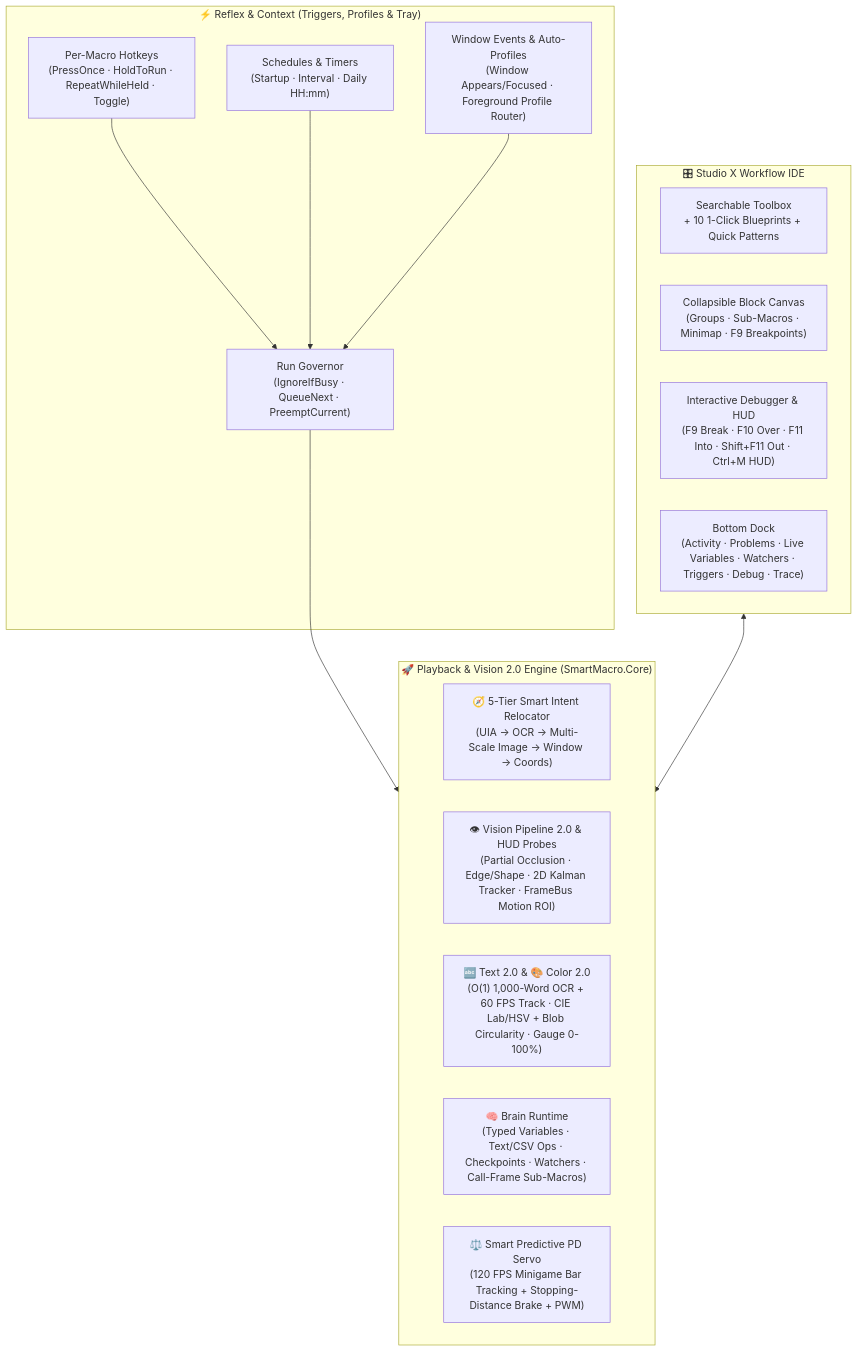
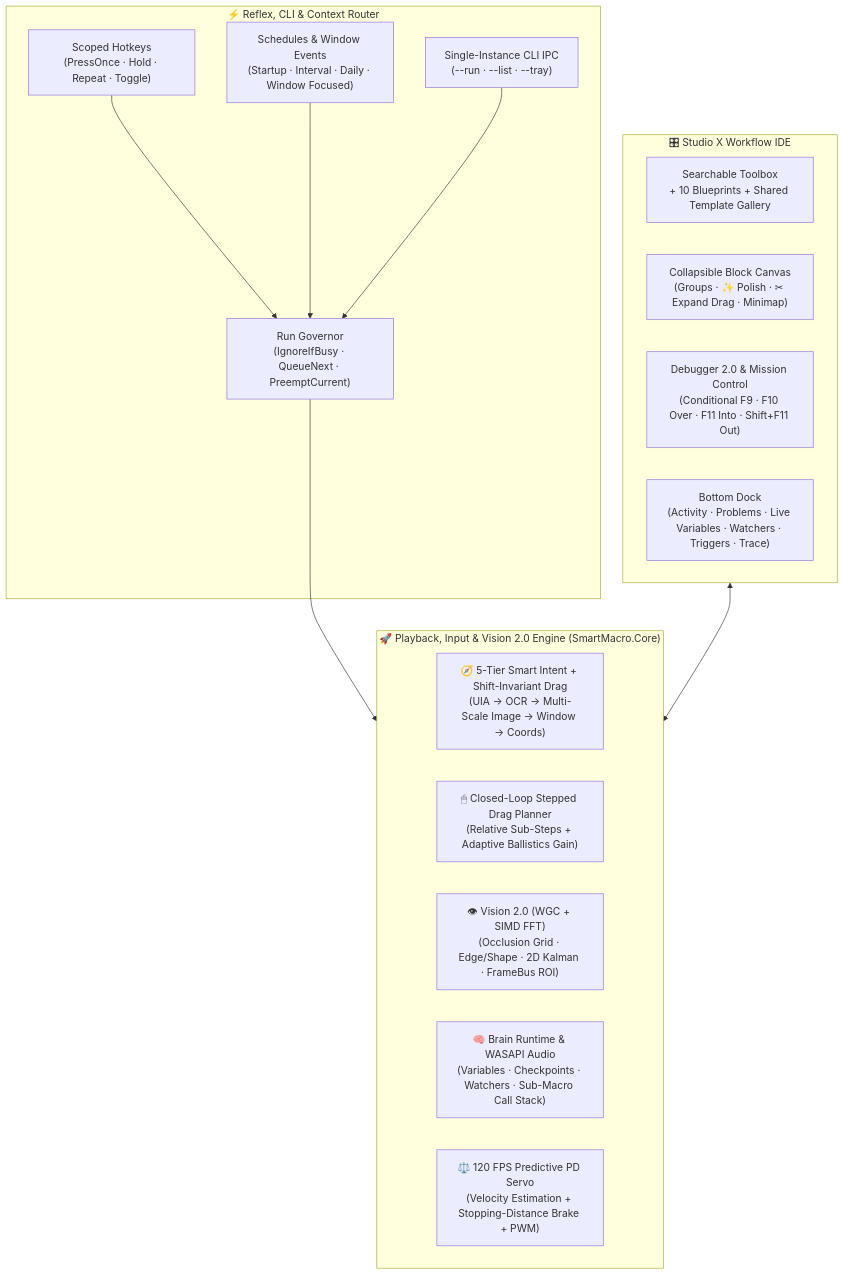
The diagram in README.md (nenesakura-39/SmartMacro), drawn with Mermaid before and after one commit. The commit also changed other lines of this file and 4 other files, not shown here.

````diff
--- a/README.md
+++ b/README.md
@@ -94,28 +183,28 @@
 ```mermaid
 flowchart TB
-    subgraph Triggers["⚡ Reflex & Context (Triggers, Profiles & Tray)"]
-        HK["Per-Macro Hotkeys\n(PressOnce · HoldToRun · RepeatWhileHeld · Toggle)"]
-        SCHED["Schedules & Timers\n(Startup · Interval · Daily HH:mm)"]
-        WIN["Window Events & Auto-Profiles\n(Window Appears/Focused · Foreground Profile Router)"]
+    subgraph Triggers["⚡ Reflex, CLI & Context Router"]
+        HK["Scoped Hotkeys\n(PressOnce · Hold · Repeat · Toggle)"]
+        SCHED["Schedules & Window Events\n(Startup · Interval · Daily · Window Focused)"]
+        CLI["Single-Instance CLI IPC\n(--run · --list · --tray)"]
         GOV["Run Governor\n(IgnoreIfBusy · QueueNext · PreemptCurrent)"]
-        HK & SCHED & WIN --> GOV
+        HK & SCHED & CLI --> GOV
     end
 
     subgraph Studio["🎛 Studio X Workflow IDE"]
-        TB["Searchable Toolbox\n+ 10 1-Click Blueprints + Quick Patterns"]
-        CANVAS["Collapsible Block Canvas\n(Groups · Sub-Macros · Minimap · F9 Breakpoints)"]
-        DBG["Interactive Debugger & HUD\n(F9 Break · F10 Over · F11 Into · Shift+F11 Out · Ctrl+M HUD)"]
-        DOCK["Bottom Dock\n(Activity · Problems · Live Variables · Watchers · Triggers · Debug · Trace)"]
+        TB["Searchable Toolbox\n+ 10 Blueprints + Shared Template Gallery"]
+        CANVAS["Collapsible Block Canvas\n(Groups · ✨ Polish · ✂ Expand Drag · Minimap)"]
+        DBG["Debugger 2.0 & Mission Control\n(Conditional F9 · F10 Over · F11 Into · Shift+F11 Out)"]
+        DOCK["Bottom Dock\n(Activity · Problems · Live Variables · Watchers · Triggers · Trace)"]
     end
 
-    subgraph Engine["🚀 Playback & Vision 2.0 Engine (SmartMacro.Core)"]
-        INTENT["🧭 5-Tier Smart Intent Relocator\n(UIA → OCR → Multi-Scale Image → Window → Coords)"]
-        VISION["👁 Vision Pipeline 2.0 & HUD Probes\n(Partial Occlusion · Edge/Shape · 2D Kalman Tracker · FrameBus Motion ROI)"]
-        TEXTCOLOR["🔤 Text 2.0 & 🎨 Color 2.0\n(O(1) 1,000-Word OCR + 60 FPS Track · CIE Lab/HSV + Blob Circularity · Gauge 0-100%)"]
-        BRAIN["🧠 Brain Runtime\n(Typed Variables · Text/CSV Ops · Checkpoints · Watchers · Call-Frame Sub-Macros)"]
-        SERVO["⚖️ Smart Predictive PD Servo\n(120 FPS Minigame Bar Tracking + Stopping-Distance Brake + PWM)"]
+    subgraph Engine["🚀 Playback, Input & Vision 2.0 Engine (SmartMacro.Core)"]
+        INTENT["🧭 5-Tier Smart Intent + Shift-Invariant Drag\n(UIA → OCR → Multi-Scale Image → Window → Coords)"]
+        DRAG["🖱 Closed-Loop Stepped Drag Planner\n(Relative Sub-Steps + Adaptive Ballistics Gain)"]
+        VISION["👁 Vision 2.0 (WGC + SIMD FFT)\n(Occlusion Grid · Edge/Shape · 2D Kalman · FrameBus ROI)"]
+        BRAIN["🧠 Brain Runtime & WASAPI Audio\n(Variables · Checkpoints · Watchers · Sub-Macro Call Stack)"]
+        SERVO["⚖️ 120 FPS Predictive PD Servo\n(Velocity Estimation + Stopping-Distance Brake + PWM)"]
     end
 
     GOV --> Engine
     Studio <--> Engine
 ```
````
